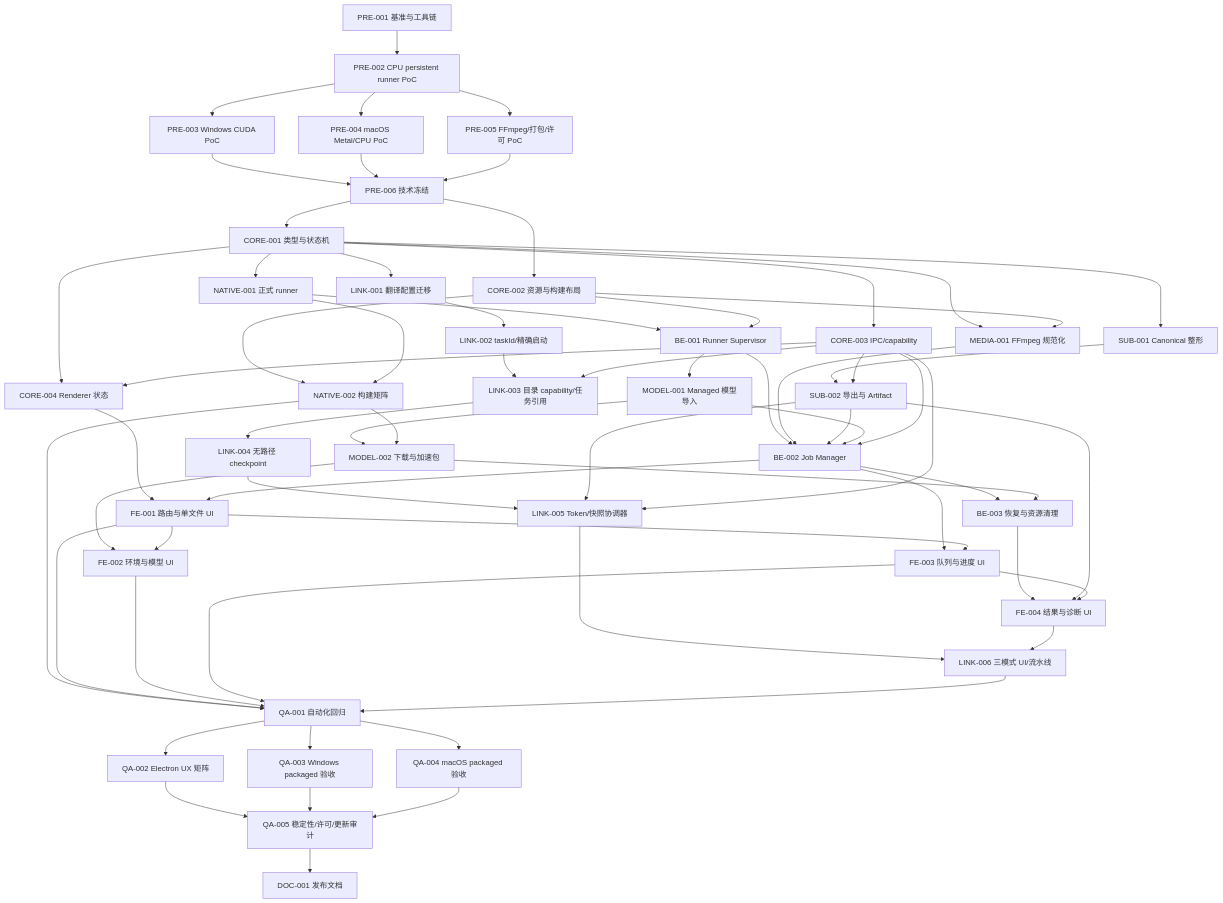
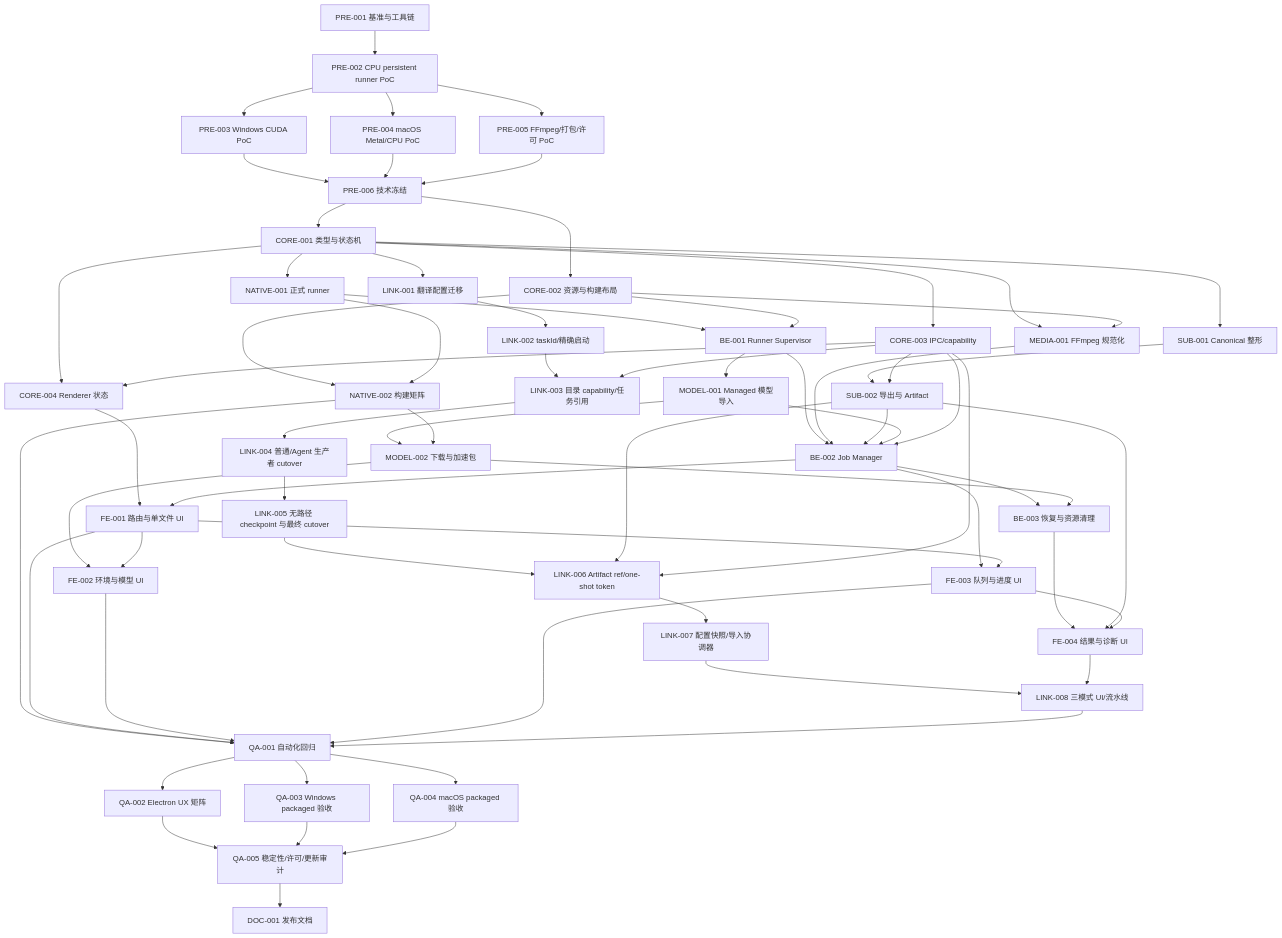
One commit to QiuYeDx/FusionKit changed the diagram in docs/v0.2.11/local-subtitle-transcriber/local-subtitle-transcriber_execution_plan.md. Above: the diagram before and after it, drawn with Mermaid. The commit also changed other lines of this file and 5 other files, not shown here.

````diff
--- a/docs/v0.2.11/local-subtitle-transcriber/local-subtitle-transcriber_execution_plan.md
+++ b/docs/v0.2.11/local-subtitle-transcriber/local-subtitle-transcriber_execution_plan.md
@@ -132,72 +144,74 @@
 ```mermaid
 flowchart TD
   PRE1["PRE-001 基准与工具链"] --> PRE2["PRE-002 CPU persistent runner PoC"]
   PRE2 --> PRE3["PRE-003 Windows CUDA PoC"]
   PRE2 --> PRE4["PRE-004 macOS Metal/CPU PoC"]
   PRE2 --> PRE5["PRE-005 FFmpeg/打包/许可 PoC"]
   PRE3 --> PRE6["PRE-006 技术冻结"]
   PRE4 --> PRE6
   PRE5 --> PRE6
 
   PRE6 --> CORE1["CORE-001 类型与状态机"]
   PRE6 --> CORE2["CORE-002 资源与构建布局"]
   CORE1 --> CORE3["CORE-003 IPC/capability"]
   CORE1 --> CORE4["CORE-004 Renderer 状态"]
   CORE3 --> CORE4
   CORE1 --> NATIVE1["NATIVE-001 正式 runner"]
   CORE2 --> NATIVE2["NATIVE-002 构建矩阵"]
   NATIVE1 --> NATIVE2
 
   NATIVE1 --> BE1["BE-001 Runner Supervisor"]
   CORE2 --> BE1
   CORE1 --> MEDIA1["MEDIA-001 FFmpeg 规范化"]
   CORE2 --> MEDIA1
   CORE1 --> SUB1["SUB-001 Canonical 整形"]
   SUB1 --> SUB2["SUB-002 导出与 Artifact"]
   CORE3 --> SUB2
   BE1 --> MODEL1["MODEL-001 Managed 模型导入"]
   MODEL1 --> MODEL2["MODEL-002 下载与加速包"]
   NATIVE2 --> MODEL2
 
   BE1 --> BE2["BE-002 Job Manager"]
   MEDIA1 --> BE2
   SUB2 --> BE2
   MODEL1 --> BE2
   CORE3 --> BE2
   BE2 --> BE3["BE-003 恢复与资源清理"]
   MODEL2 --> BE3
 
   CORE4 --> FE1["FE-001 路由与单文件 UI"]
   BE2 --> FE1
   MODEL2 --> FE2["FE-002 环境与模型 UI"]
   FE1 --> FE2
   BE2 --> FE3["FE-003 队列与进度 UI"]
   FE1 --> FE3
   BE3 --> FE4["FE-004 结果与诊断 UI"]
   SUB2 --> FE4
   FE3 --> FE4
 
   CORE1 --> LINK1["LINK-001 翻译配置迁移"]
   LINK1 --> LINK2["LINK-002 taskId/精确启动"]
   LINK2 --> LINK3["LINK-003 目录 capability/任务引用"]
   CORE3 --> LINK3
-  LINK3 --> LINK4["LINK-004 无路径 checkpoint"]
-  LINK4 --> LINK5["LINK-005 Token/快照协调器"]
-  SUB2 --> LINK5
-  CORE3 --> LINK5
-  LINK5 --> LINK6["LINK-006 三模式 UI/流水线"]
-  FE4 --> LINK6
+  LINK3 --> LINK4["LINK-004 普通/Agent 生产者 cutover"]
+  LINK4 --> LINK5["LINK-005 无路径 checkpoint 与最终 cutover"]
+  LINK5 --> LINK6["LINK-006 Artifact ref/one-shot token"]
+  SUB2 --> LINK6
+  CORE3 --> LINK6
+  LINK6 --> LINK7["LINK-007 配置快照/导入协调器"]
+  LINK7 --> LINK8["LINK-008 三模式 UI/流水线"]
+  FE4 --> LINK8
 
   NATIVE2 --> QA1["QA-001 自动化回归"]
   FE1 --> QA1
   FE2 --> QA1
   FE3 --> QA1
-  LINK6 --> QA1
+  LINK8 --> QA1
   QA1 --> QA2["QA-002 Electron UX 矩阵"]
   QA1 --> QA3["QA-003 Windows packaged 验收"]
   QA1 --> QA4["QA-004 macOS packaged 验收"]
   QA2 --> QA5["QA-005 稳定性/许可/更新审计"]
   QA3 --> QA5
   QA4 --> QA5
   QA5 --> DOC1["DOC-001 发布文档"]
 ```
````
